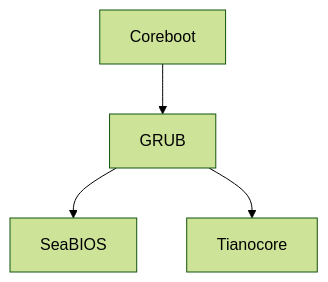
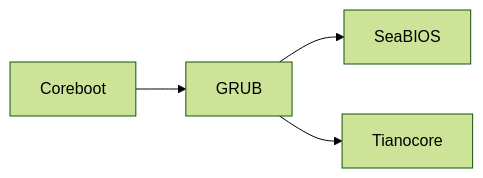
Before and after one commit to Ch3ckm4t3C1ph3r/Lenovo-Ideapad-320-14ISK-_Coreboot-Adaptation_: the diagram in README.md, drawn with Mermaid (forest theme).

````diff
--- a/README.md
+++ b/README.md
@@ -94,6 +94,6 @@
 ```mermaid
-graph TD;
+graph LR;
     Coreboot-->GRUB;
     GRUB-->SeaBIOS;
     GRUB-->Tianocore;
 ```
````
